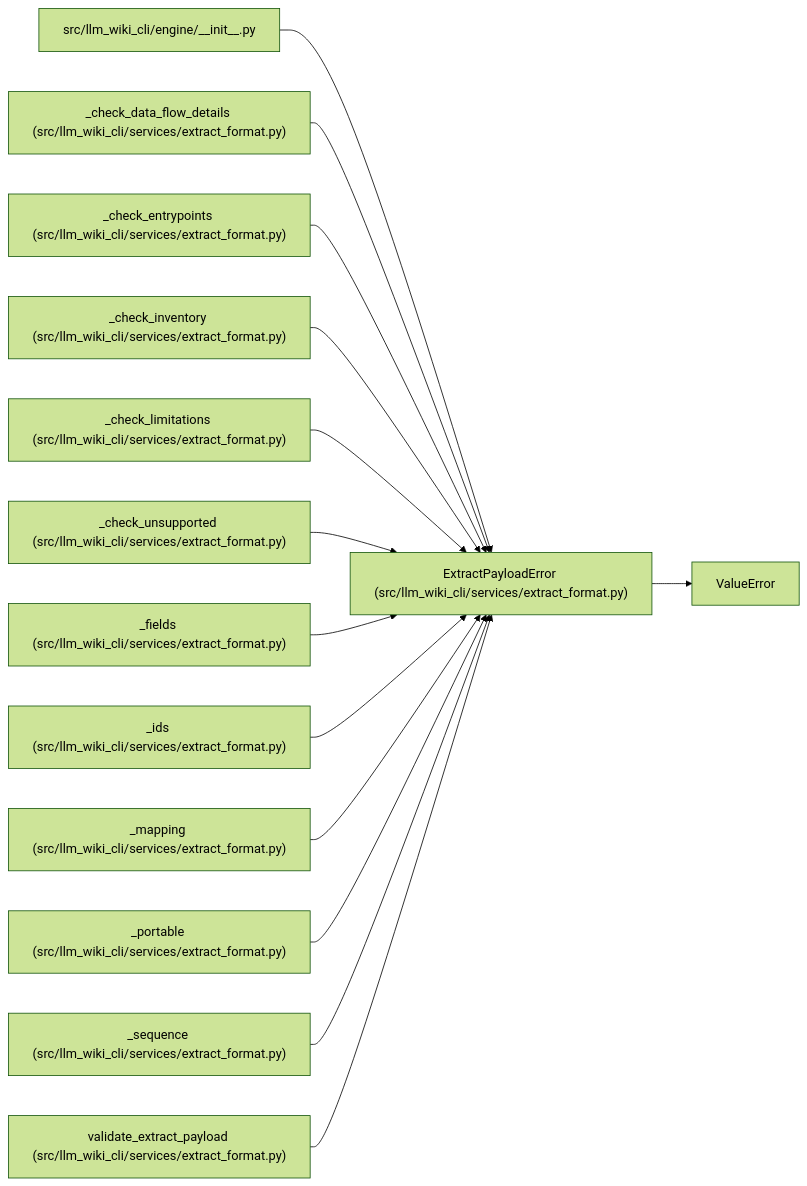
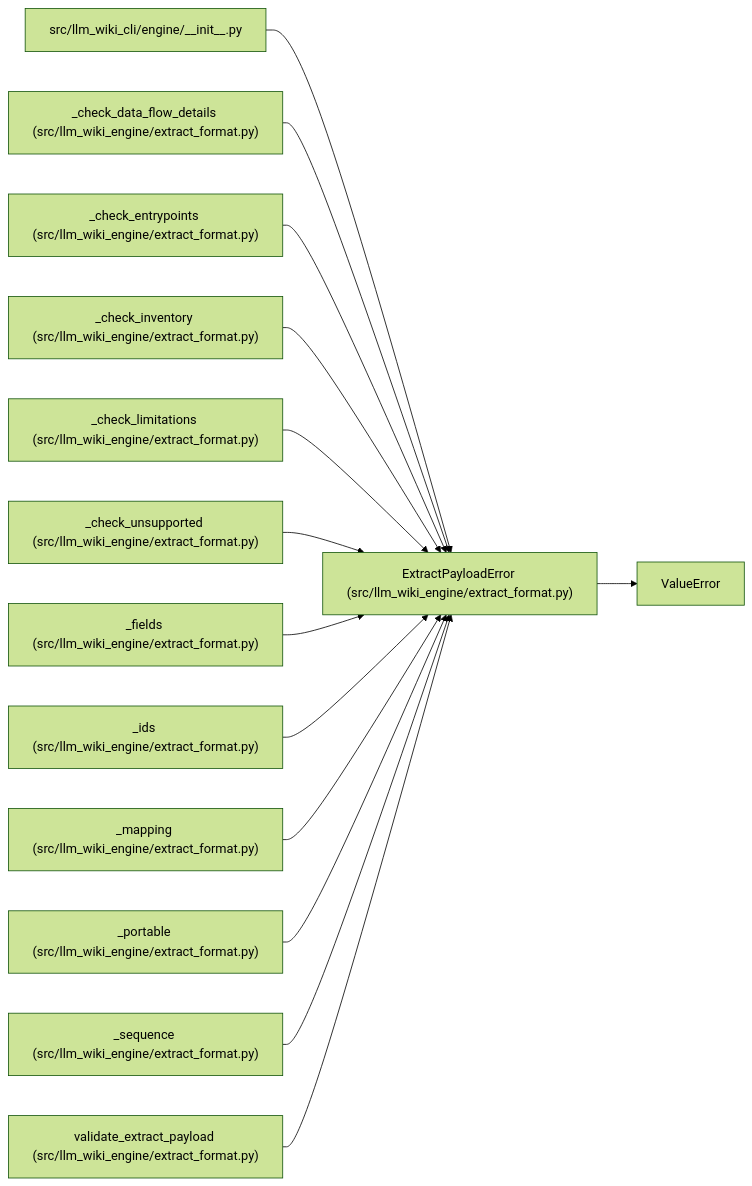
The diagram in docs/llm_wiki/entities/ExtractPayloadError.md (Denissvgn/python-wiki-llm), drawn with Mermaid (forest theme) before and after one commit. The commit also changed other lines of this file and 1103 other files, not shown here.

First line of the commit message:
docs: refresh the wiki for the llm-wiki-engine distribution

````diff
--- a/docs/llm_wiki/entities/ExtractPayloadError.md
+++ b/docs/llm_wiki/entities/ExtractPayloadError.md
@@ -23,43 +23,43 @@
 ```mermaid
 flowchart LR
-    n0["ExtractPayloadError (src/llm_wiki_cli/services/extract_format.py)"]
+    n0["ExtractPayloadError (src/llm_wiki_engine/extract_format.py)"]
     n1["ValueError"]
     n2["src/llm_wiki_cli/engine/__init__.py"]
-    n3["_check_data_flow_details (src/llm_wiki_cli/services/extract_format.py)"]
-    n4["_check_entrypoints (src/llm_wiki_cli/services/extract_format.py)"]
-    n5["_check_inventory (src/llm_wiki_cli/services/extract_format.py)"]
-    n6["_check_limitations (src/llm_wiki_cli/services/extract_format.py)"]
-    n7["_check_unsupported (src/llm_wiki_cli/services/extract_format.py)"]
-    n8["_fields (src/llm_wiki_cli/services/extract_format.py)"]
-    n9["_ids (src/llm_wiki_cli/services/extract_format.py)"]
-    n10["_mapping (src/llm_wiki_cli/services/extract_format.py)"]
-    n11["_portable (src/llm_wiki_cli/services/extract_format.py)"]
-    n12["_sequence (src/llm_wiki_cli/services/extract_format.py)"]
-    n13["validate_extract_payload (src/llm_wiki_cli/services/extract_format.py)"]
+    n3["_check_data_flow_details (src/llm_wiki_engine/extract_format.py)"]
+    n4["_check_entrypoints (src/llm_wiki_engine/extract_format.py)"]
+    n5["_check_inventory (src/llm_wiki_engine/extract_format.py)"]
+    n6["_check_limitations (src/llm_wiki_engine/extract_format.py)"]
+    n7["_check_unsupported (src/llm_wiki_engine/extract_format.py)"]
+    n8["_fields (src/llm_wiki_engine/extract_format.py)"]
+    n9["_ids (src/llm_wiki_engine/extract_format.py)"]
+    n10["_mapping (src/llm_wiki_engine/extract_format.py)"]
+    n11["_portable (src/llm_wiki_engine/extract_format.py)"]
+    n12["_sequence (src/llm_wiki_engine/extract_format.py)"]
+    n13["validate_extract_payload (src/llm_wiki_engine/extract_format.py)"]
     n0 --> n1
     n2 --> n0
     n3 --> n0
     n4 --> n0
     n5 --> n0
     n6 --> n0
     n7 --> n0
     n8 --> n0
     n9 --> n0
     n10 --> n0
     n11 --> n0
     n12 --> n0
     n13 --> n0
     click n0 "../modules/extract_format.md"
     click n2 "../modules/engine___init__.md"
     click n3 "../modules/extract_format.md"
     click n4 "../modules/extract_format.md"
     click n5 "../modules/extract_format.md"
     click n6 "../modules/extract_format.md"
     click n7 "../modules/extract_format.md"
     click n8 "../modules/extract_format.md"
     click n9 "../modules/extract_format.md"
     click n10 "../modules/extract_format.md"
     click n11 "../modules/extract_format.md"
     click n12 "../modules/extract_format.md"
     click n13 "../modules/extract_format.md"
 ```
````
